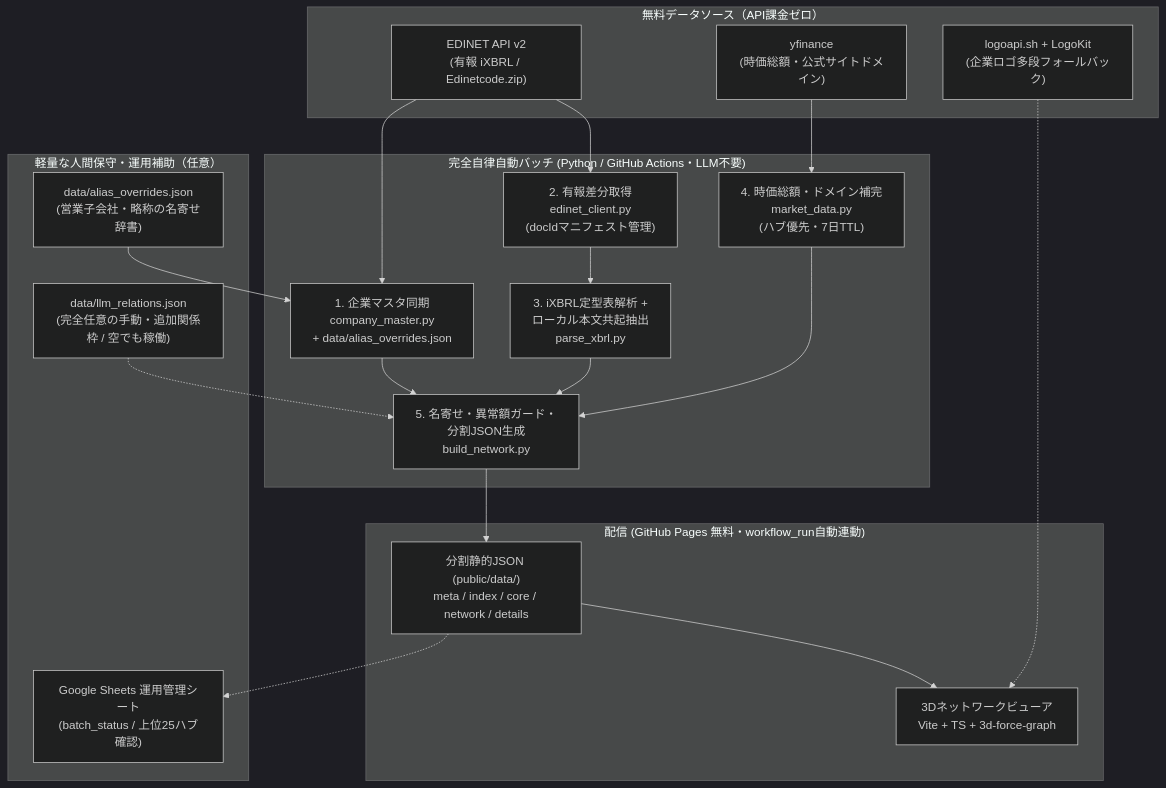
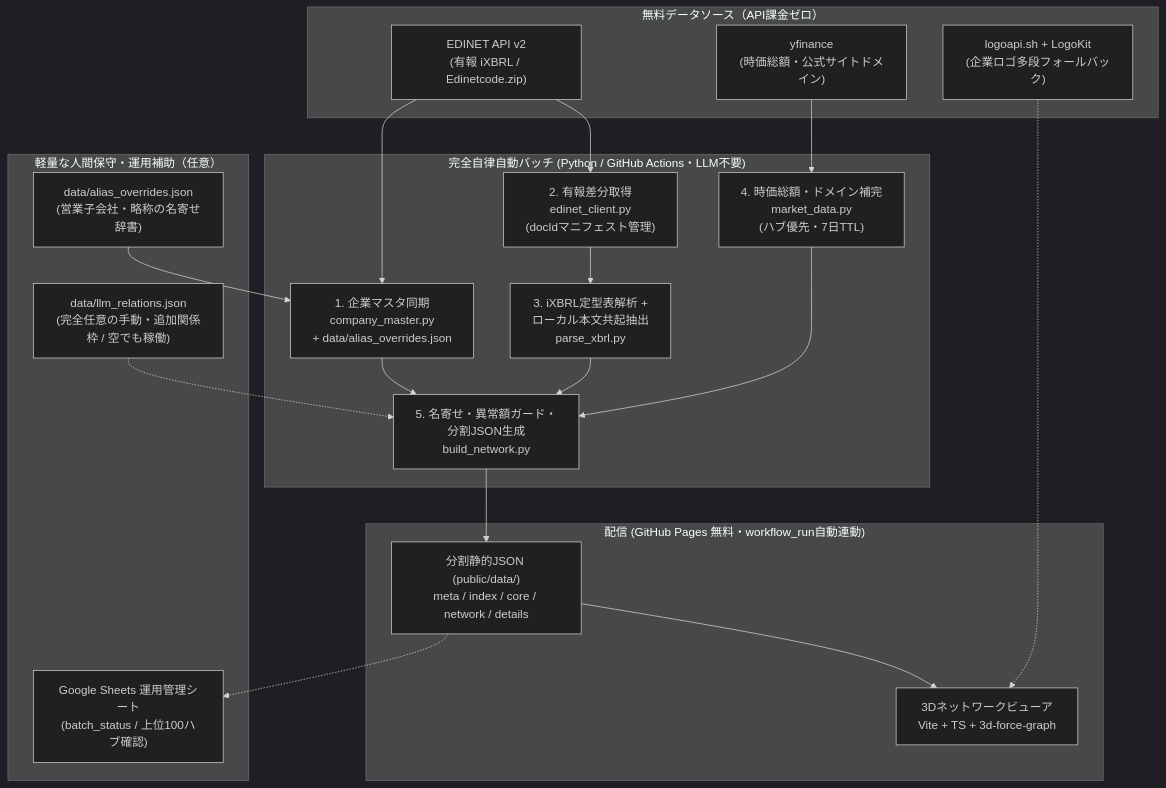
The diagram in docs/SPEC.md (Asoka501/Git_stock_networkmap), drawn with Mermaid (dark theme) before and after one commit. The commit also changed 1 other file, not shown here.

Commit message:
docs: align batch_status top hub list count to 100

````diff
--- a/docs/SPEC.md
+++ b/docs/SPEC.md
@@ -31,36 +31,36 @@
 ```mermaid
 flowchart TB
   subgraph Sources["無料データソース（API課金ゼロ）"]
     EDINET["EDINET API v2<br/>(有報 iXBRL / Edinetcode.zip)"]
     YF["yfinance<br/>(時価総額・公式サイトドメイン)"]
     LOGO["logoapi.sh + LogoKit<br/>(企業ロゴ多段フォールバック)"]
   end
 
   subgraph Pipeline["完全自律自動バッチ (Python / GitHub Actions・LLM不要)"]
     MASTER["1. 企業マスタ同期<br/>company_master.py<br/>+ data/alias_overrides.json"]
     FETCH["2. 有報差分取得<br/>edinet_client.py<br/>(docIdマニフェスト管理)"]
     PARSE["3. iXBRL定型表解析 +<br/>ローカル本文共起抽出<br/>parse_xbrl.py"]
     MCAP["4. 時価総額・ドメイン補完<br/>market_data.py<br/>(ハブ優先・7日TTL)"]
     BUILD["5. 名寄せ・異常額ガード・<br/>分割JSON生成<br/>build_network.py"]
   end
 
   subgraph Ops["軽量な人間保守・運用補助（任意）"]
     ALIAS["data/alias_overrides.json<br/>(営業子会社・略称の名寄せ辞書)"]
-    SHEETS["Google Sheets 運用管理シート<br/>(batch_status / 上位25ハブ確認)"]
+    SHEETS["Google Sheets 運用管理シート<br/>(batch_status / 上位100ハブ確認)"]
     OPT["data/llm_relations.json<br/>(完全任意の手動・追加関係枠 / 空でも稼働)"]
   end
 
   subgraph Delivery["配信 (GitHub Pages 無料・workflow_run自動連動)"]
     STATIC["分割静的JSON (public/data/)<br/>meta / index / core / network / details"]
     APP["3Dネットワークビューア<br/>Vite + TS + 3d-force-graph"]
   end
 
   EDINET --> MASTER --> BUILD
   EDINET --> FETCH --> PARSE --> BUILD
   YF --> MCAP --> BUILD
   ALIAS --> MASTER
   OPT -.-> BUILD
   BUILD --> STATIC --> APP
   STATIC -.-> SHEETS
   LOGO -.-> APP
 ```
````
